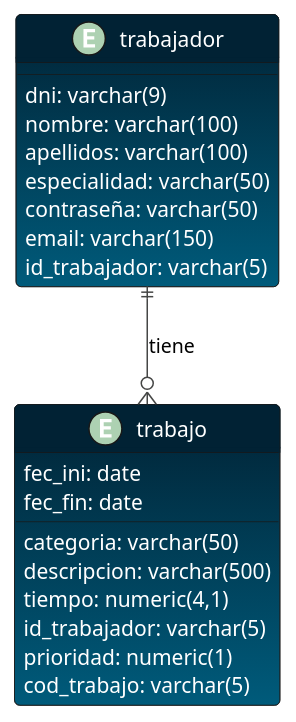
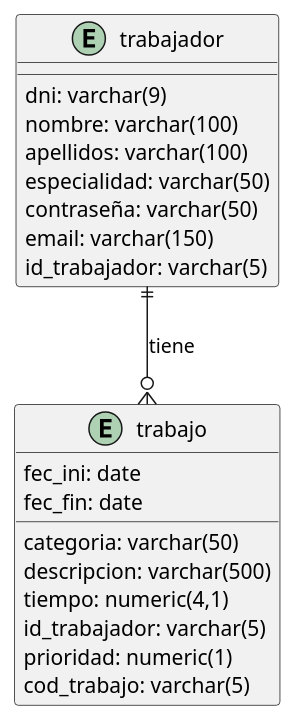
The first of 2 diagrams in Writerside/topics/API/API-Index.md (DanielAlmazan/DanielAlmazan.github.io), drawn with PlantUML before and after one commit. The commit also changed other lines of this file and 8 other files, not shown here.

````diff
--- a/Writerside/topics/API/API-Index.md
+++ b/Writerside/topics/API/API-Index.md
@@ -34,42 +34,24 @@
 ```plantuml
 @startuml
-
-!theme vibrant
-skinparam DefaultFontColor white
-skinparam ArrowFontColor black
-skinparam class {
-  BackgroundColor #012234-005b7b
-  HeaderBackgroundColor #012234
-}
-skinparam interface {
-  BackgroundColor #18181A
-}
-skinparam enum {
-  BackgroundColor #18181A
-}
-skinparam package {
-  BackgroundColor #18181A
-}
-
 entity "trabajador" as trabajador {
   dni: varchar(9)
   nombre: varchar(100)
   apellidos: varchar(100)
   especialidad: varchar(50)
   contraseña: varchar(50)
   email: varchar(150)
   id_trabajador: varchar(5)
 }
 entity "trabajo" as trabajo {
 categoria: varchar(50)
 descripcion: varchar(500)
 fec_ini: date
 fec_fin: date
 tiempo: numeric(4,1)
 id_trabajador: varchar(5)
 prioridad: numeric(1)
 cod_trabajo: varchar(5)
 }
 trabajador ||--o{ trabajo : "tiene"
 @enduml
 ```
````
